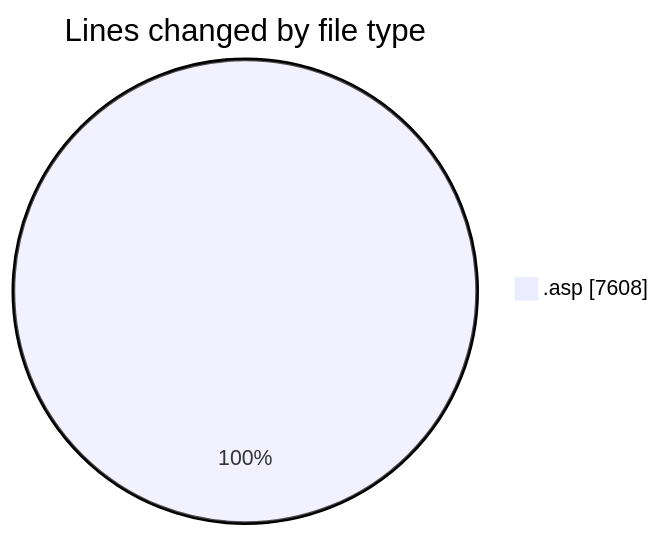
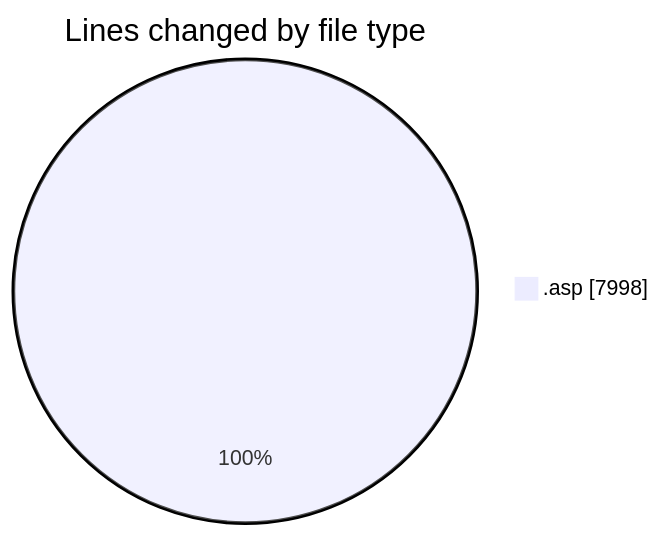
One commit to julien-gomy/code-tracking changed the first of 2 diagrams in 2025-11-15/cdp_aleoudev_fr__workspace_/README.md. Above: the diagram before and after it, drawn with Mermaid. The commit also changed other lines of this file and 1 other file, not shown here.

````diff
--- a/2025-11-15/cdp_aleoudev_fr__workspace_/README.md
+++ b/2025-11-15/cdp_aleoudev_fr__workspace_/README.md
@@ -31,5 +32,5 @@
 ```mermaid
 pie showData
 title Lines changed by file type
-".asp" : 7608
+".asp" : 7998
 ```
````
